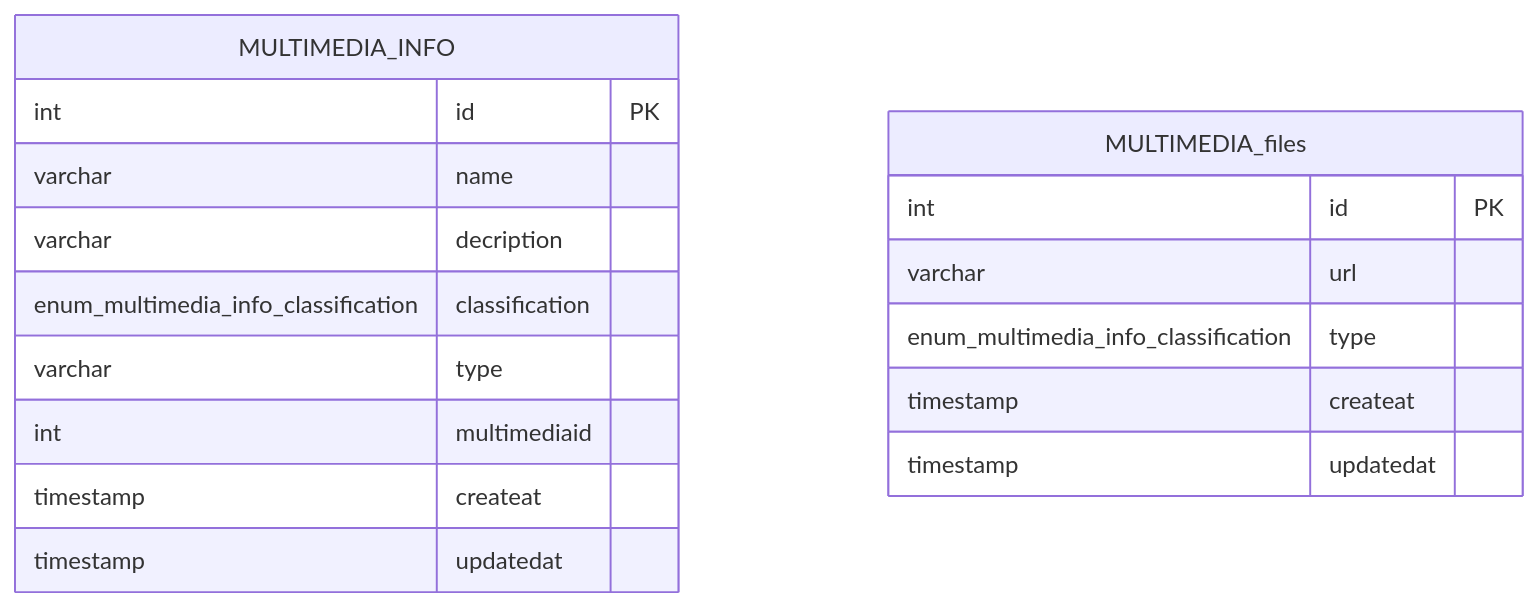
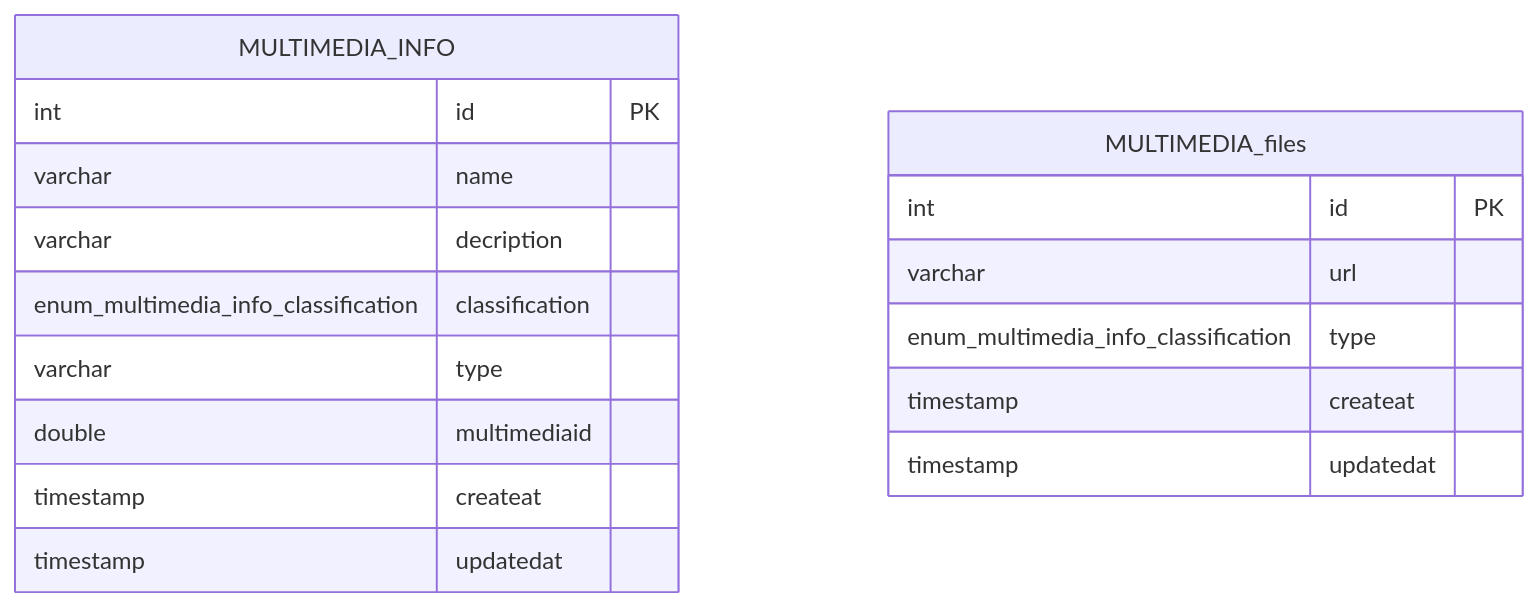
The second of 2 diagrams in README.md (jairgonzalez09/fortificaciones_y_obstaculos), drawn with Mermaid before and after one commit.

Commit message:
feat: implementar la lógica central del módulo (Tarea #X)

````diff
--- a/README.md
+++ b/README.md
@@ -21,21 +21,21 @@
 ```mermaid
 erDiagram
     MULTIMEDIA_INFO {
         int id PK
         varchar name
         varchar decription
         enum_multimedia_info_classification classification
         varchar type
-        int multimediaid 
+        double multimediaid 
         timestamp createat
         timestamp updatedat
     }
 
     MULTIMEDIA_files {
         int id PK
         varchar url
         enum_multimedia_info_classification type
         timestamp createat
         timestamp updatedat
     }
 ```
````
